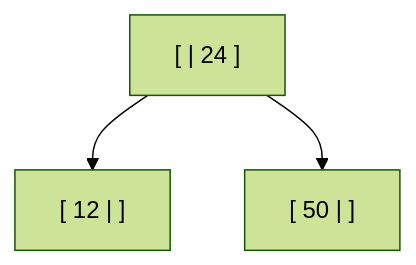
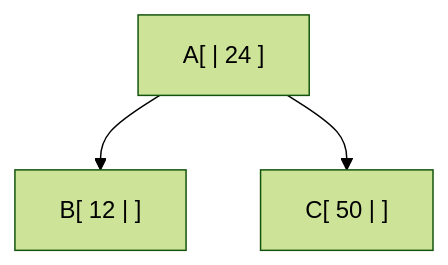
Before and after one commit to IvasiutaM/Algoritmos-II-Consulta: the fourth of 10 diagrams in Unidad 6 Estructuras de Datos no lineales/Árboles2-3.md, drawn with Mermaid (forest theme). The commit also changed other lines of this file, not shown here.

````diff
--- a/Unidad 6 Estructuras de Datos no lineales/Árboles2-3.md
+++ b/Unidad 6 Estructuras de Datos no lineales/Árboles2-3.md
@@ -25,9 +25,9 @@
 ```mermaid
 graph TD
-    A["[  | 24 ] "]
-    B["[ 12 |  ]"]
-    C["[ 50 |  ]"]
+    A["A[  | 24 ] "]
+    B["B[ 12 |  ]"]
+    C["C[ 50 |  ]"]
 
     A --> B
     A --> C
 ```
````
